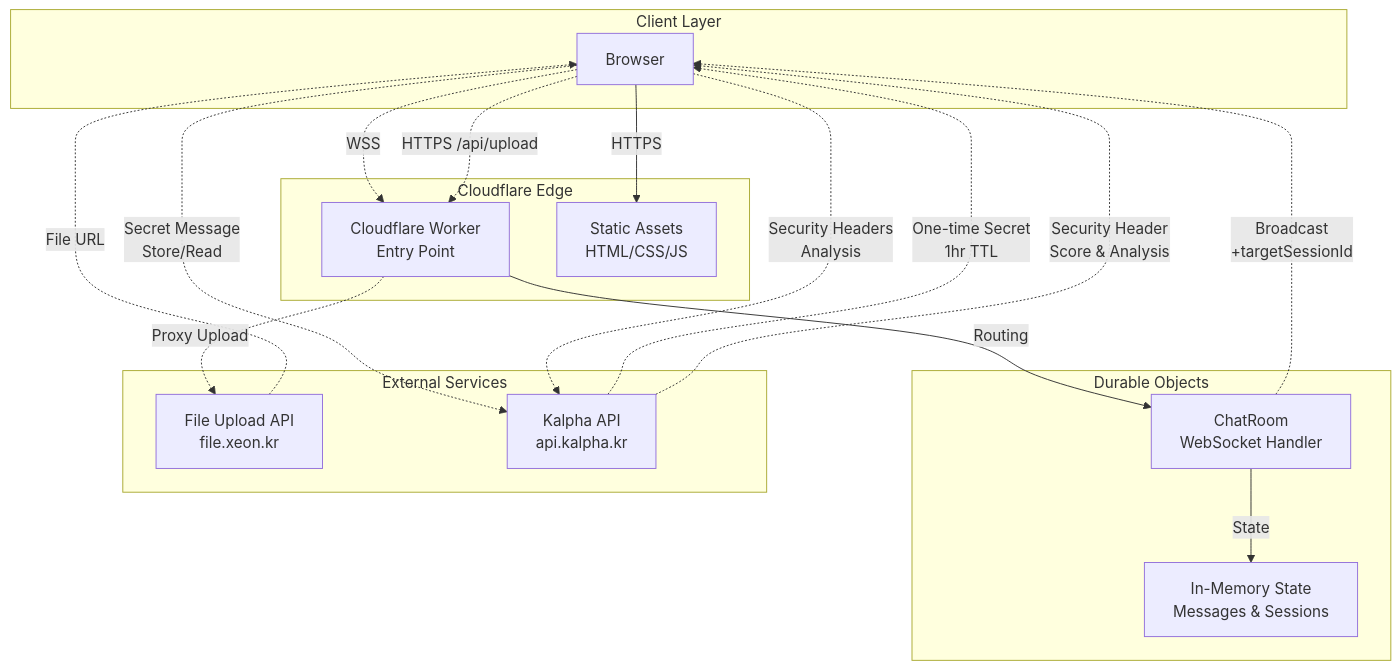
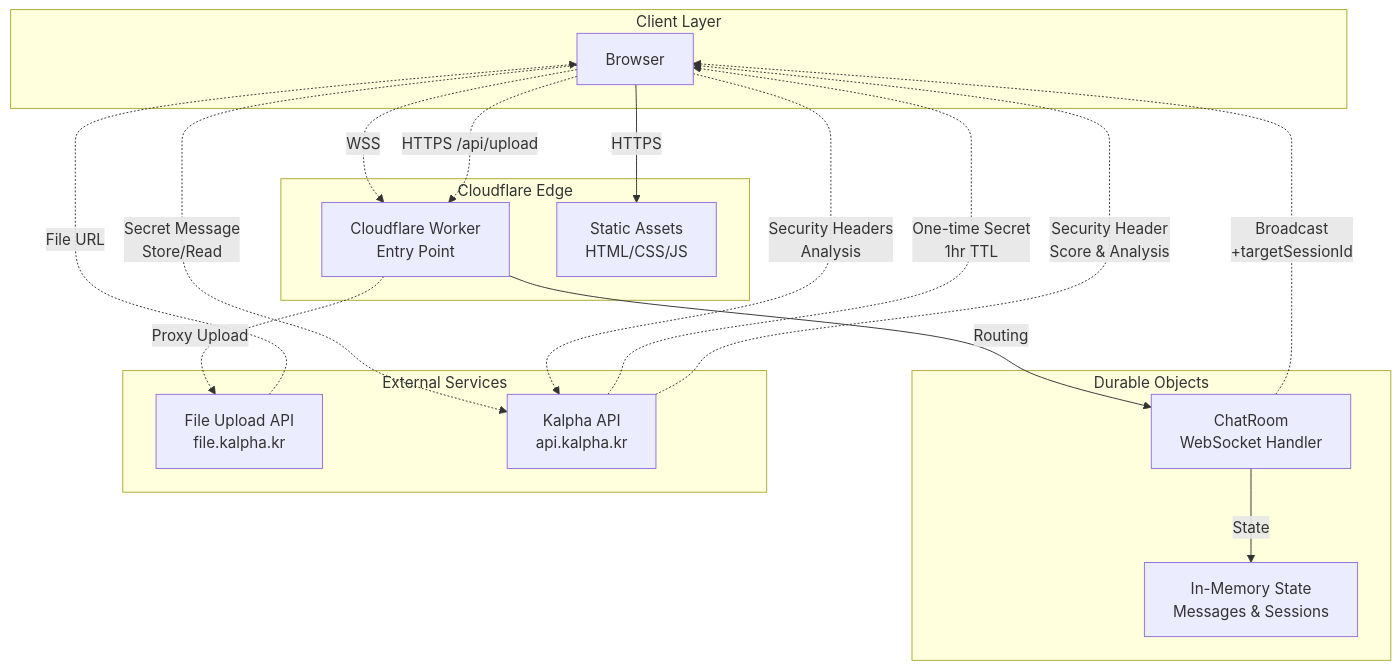
One commit to gguatit/Anonymous_Chat changed the first of 2 diagrams in README.md. Above: the diagram before and after it, drawn with Mermaid. The commit also changed other lines of this file and 2 other files, not shown here.

Commit message:
docs: README/CHANGELOG/baseline 업데이트 - file.kalpha.kr 반영 및 변경이력 추가

````diff
--- a/README.md
+++ b/README.md
@@ -314,34 +314,34 @@
 ```mermaid
 graph TB
     subgraph "Client Layer"
         A[Browser]
     end
     
     subgraph "Cloudflare Edge"
         B[Cloudflare Worker<br/>Entry Point]
         C[Static Assets<br/>HTML/CSS/JS]
     end
     
     subgraph "Durable Objects"
         D[ChatRoom<br/>WebSocket Handler]
         E[In-Memory State<br/>Messages & Sessions]
     end
     
     subgraph "External Services"
-        F[File Upload API<br/>file.xeon.kr]
+        F[File Upload API<br/>file.kalpha.kr]
         G[Kalpha API<br/>api.kalpha.kr]
     end
     
     A -->|HTTPS| C
     A -.->|WSS| B
     A -.->|HTTPS /api/upload| B
     A -.->|Secret Message<br/>Store/Read| G
     A -.->|Security Headers<br/>Analysis| G
     B -->|Routing| D
     B -.->|Proxy Upload| F
     D -->|State| E
     D -.->|Broadcast<br/>+targetSessionId| A
     F -.->|File URL| A
     G -.->|One-time Secret<br/>1hr TTL| A
     G -.->|Security Header<br/>Score & Analysis| A
 ```
````
